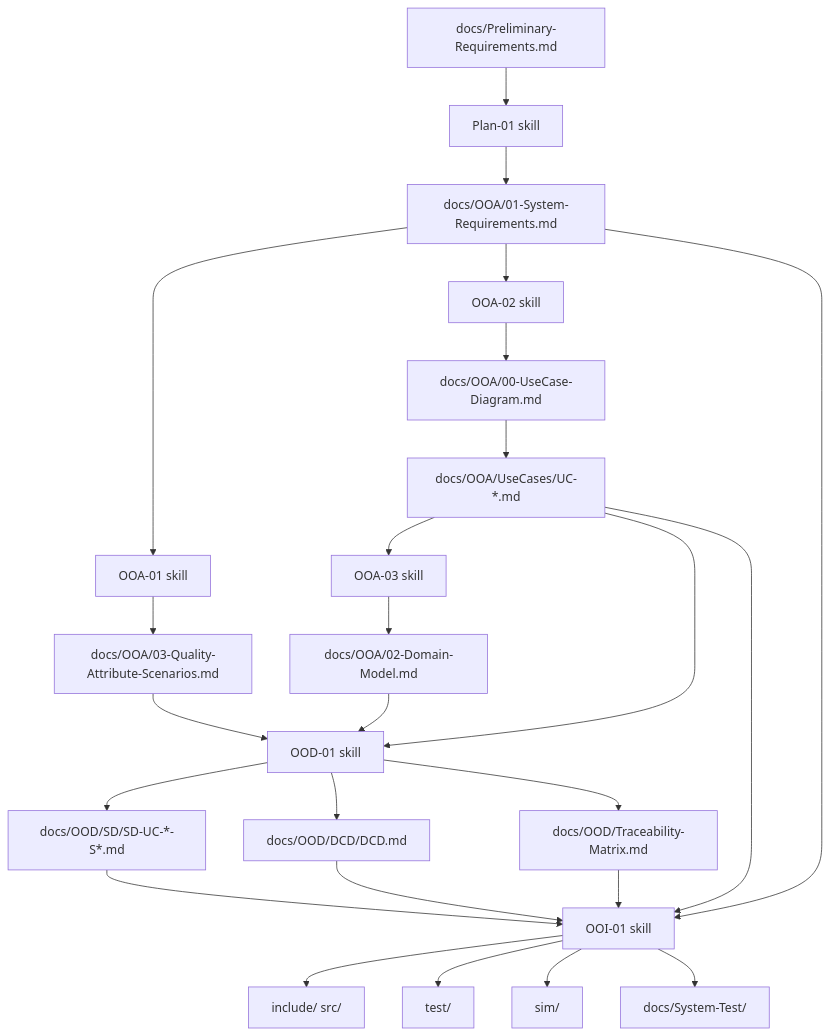
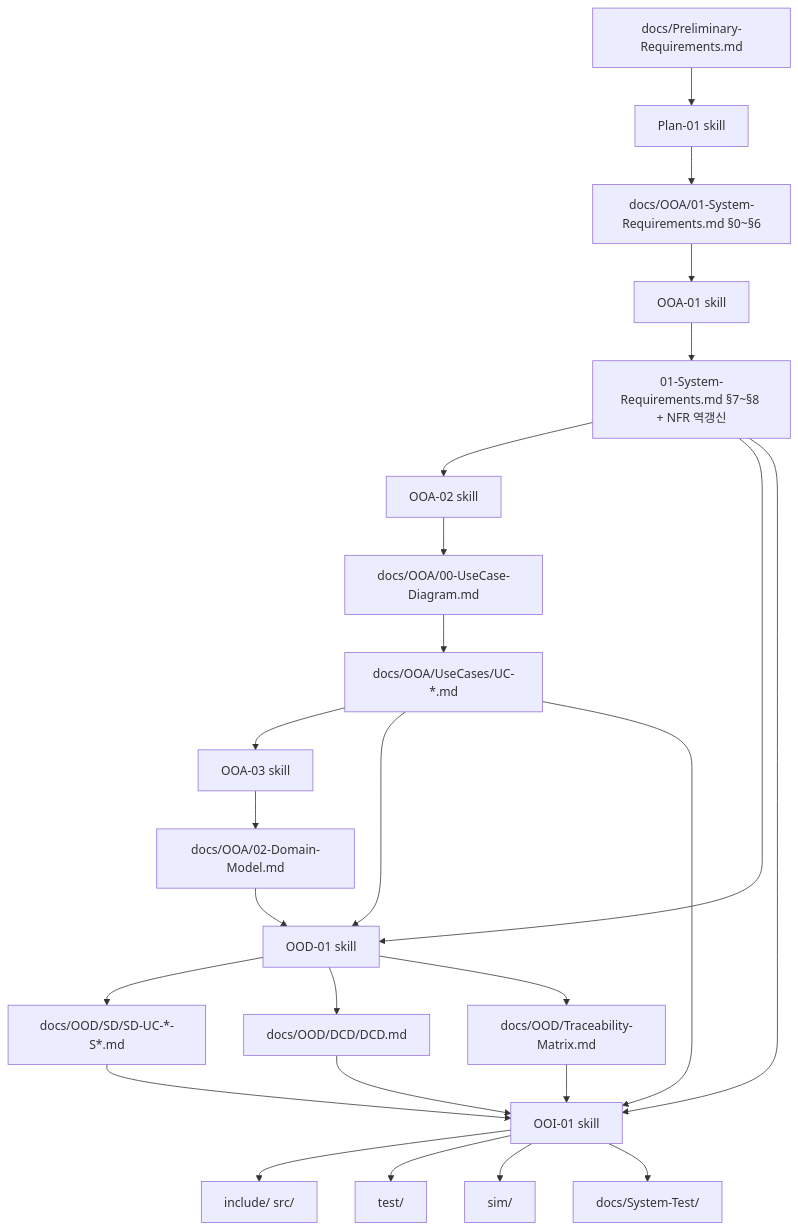
One commit to yul2yak/rvc_control_ooad changed the diagram in docs/README.md. Above: the diagram before and after it, drawn with Mermaid. The commit also changed other lines of this file and 22 other files, not shown here.

````diff
--- a/docs/README.md
+++ b/docs/README.md
@@ -7,27 +7,27 @@
 ```mermaid
 flowchart TD
   PR[docs/Preliminary-Requirements.md] --> Plan[Plan-01 skill]
-  Plan --> SR[docs/OOA/01-System-Requirements.md]
+  Plan --> SR["docs/OOA/01-System-Requirements.md §0~§6"]
   SR --> QA[OOA-01 skill]
-  QA --> QASdoc[docs/OOA/03-Quality-Attribute-Scenarios.md]
-  SR --> UC[OOA-02 skill]
+  QA --> SRfull["01-System-Requirements.md §7~§8 + NFR 역갱신"]
+  SRfull --> UC[OOA-02 skill]
   UC --> UCD[docs/OOA/00-UseCase-Diagram.md]
   UCD --> UCs[docs/OOA/UseCases/UC-*.md]
   UCs --> DM[OOA-03 skill]
   DM --> DMdoc[docs/OOA/02-Domain-Model.md]
   UCs --> OOD[OOD-01 skill]
   DMdoc --> OOD
-  QASdoc --> OOD
+  SRfull --> OOD
   OOD --> SD[docs/OOD/SD/SD-UC-*-S*.md]
   OOD --> DCD[docs/OOD/DCD/DCD.md]
   OOD --> TM[docs/OOD/Traceability-Matrix.md]
   SD --> OOI[OOI-01 skill]
   DCD --> OOI
   TM --> OOI
-  SR --> OOI
+  SRfull --> OOI
   UCs --> OOI
   OOI --> Code[include/ src/]
   OOI --> Test[test/]
   OOI --> Sim[sim/]
   OOI --> ST[docs/System-Test/]
 ```
````
